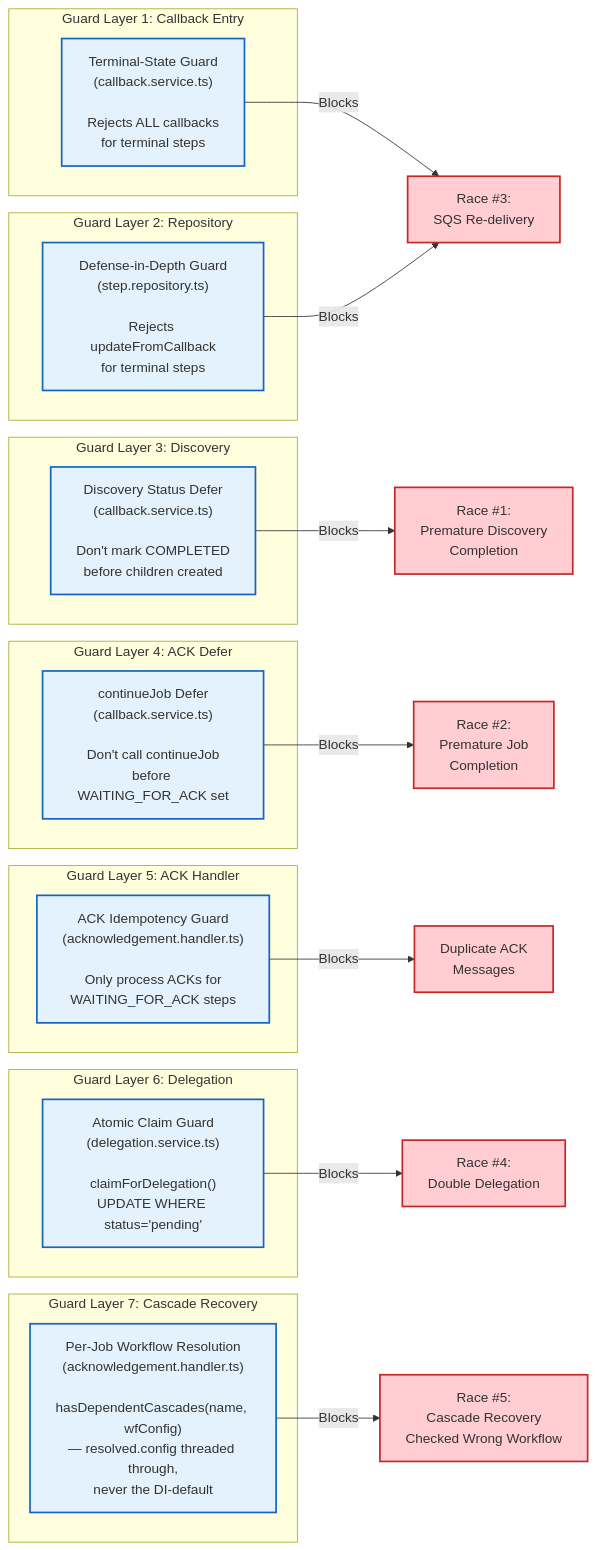
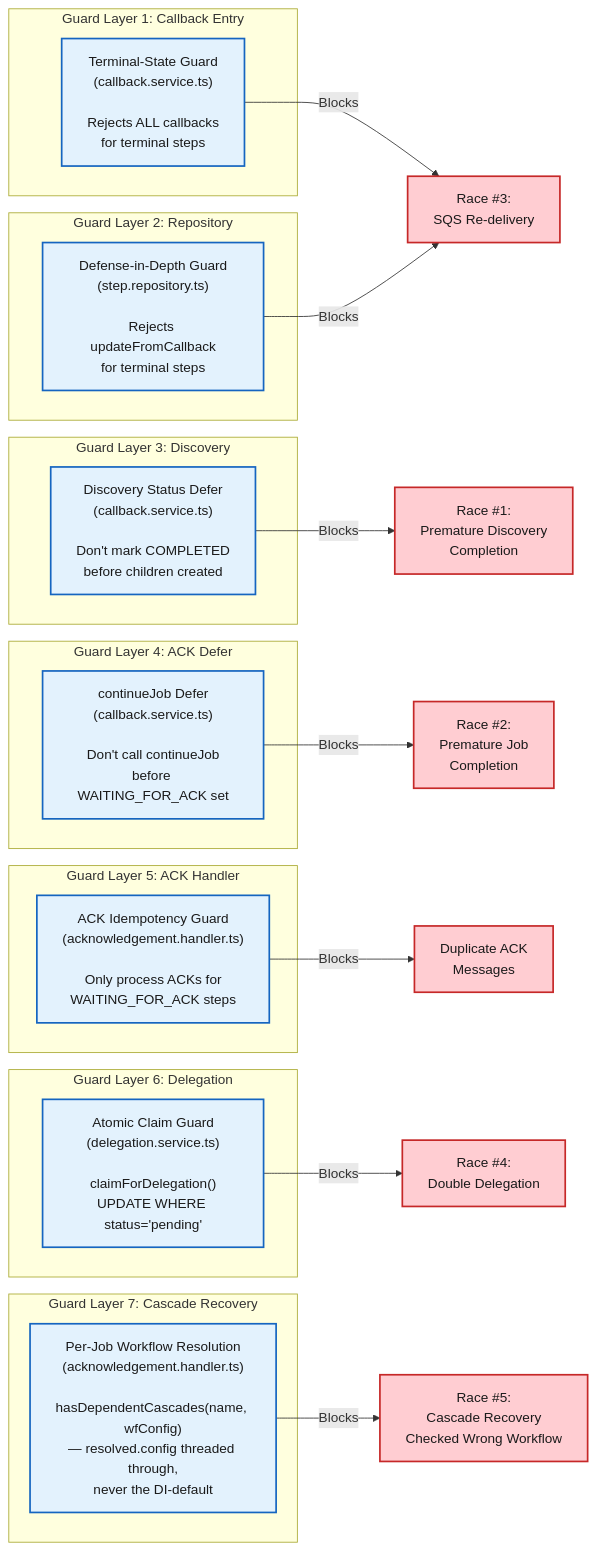
Diagram 14 of 14 in docs/guides/race-condition-prevention.md (inctasoft/setpoint-evals-dtm-examples), drawn with Mermaid before and after one commit. The commit also changed other lines of this file and 1 other file, not shown here.

First line of the commit message:
docs: explicit dark text color on 46 pastel mermaid classDefs (scout M5, #123) (#124)

````diff
--- a/docs/guides/race-condition-prevention.md
+++ b/docs/guides/race-condition-prevention.md
@@ -756,44 +756,44 @@
 ```mermaid
 flowchart LR
     subgraph "Guard Layer 1: Callback Entry"
         G1["Terminal-State Guard<br/>(callback.service.ts)<br/><br/>Rejects ALL callbacks<br/>for terminal steps"]
     end
 
     subgraph "Guard Layer 2: Repository"
         G2["Defense-in-Depth Guard<br/>(step.repository.ts)<br/><br/>Rejects updateFromCallback<br/>for terminal steps"]
     end
 
     subgraph "Guard Layer 3: Discovery"
         G3["Discovery Status Defer<br/>(callback.service.ts)<br/><br/>Don't mark COMPLETED<br/>before children created"]
     end
 
     subgraph "Guard Layer 4: ACK Defer"
         G4["continueJob Defer<br/>(callback.service.ts)<br/><br/>Don't call continueJob<br/>before WAITING_FOR_ACK set"]
     end
 
     subgraph "Guard Layer 5: ACK Handler"
         G5["ACK Idempotency Guard<br/>(acknowledgement.handler.ts)<br/><br/>Only process ACKs for<br/>WAITING_FOR_ACK steps"]
     end
 
     subgraph "Guard Layer 6: Delegation"
         G6["Atomic Claim Guard<br/>(delegation.service.ts)<br/><br/>claimForDelegation()<br/>UPDATE WHERE status='pending'"]
     end
 
     subgraph "Guard Layer 7: Cascade Recovery"
         G7["Per-Job Workflow Resolution<br/>(acknowledgement.handler.ts)<br/><br/>hasDependentCascades(name, wfConfig)<br/>— resolved.config threaded through,<br/>never the DI-default"]
     end
 
     G1 -->|"Blocks"| RC3["Race #3:<br/>SQS Re-delivery"]
     G2 -->|"Blocks"| RC3
     G3 -->|"Blocks"| RC1["Race #1:<br/>Premature Discovery<br/>Completion"]
     G4 -->|"Blocks"| RC2["Race #2:<br/>Premature Job<br/>Completion"]
     G5 -->|"Blocks"| RC_ACK["Duplicate ACK<br/>Messages"]
     G6 -->|"Blocks"| RC4["Race #4:<br/>Double Delegation"]
     G7 -->|"Blocks"| RC5["Race #5:<br/>Cascade Recovery<br/>Checked Wrong Workflow"]
 
-    classDef guard fill:#e3f2fd,stroke:#1565c0,stroke-width:2px
-    classDef race fill:#ffcdd2,stroke:#c62828,stroke-width:2px
+    classDef guard fill:#e3f2fd,color:#1a1a1a,stroke:#1565c0,stroke-width:2px
+    classDef race fill:#ffcdd2,color:#1a1a1a,stroke:#c62828,stroke-width:2px
 
     class G1,G2,G3,G4,G5,G6,G7 guard
     class RC1,RC2,RC3,RC4,RC5,RC_ACK race
 ```
````
